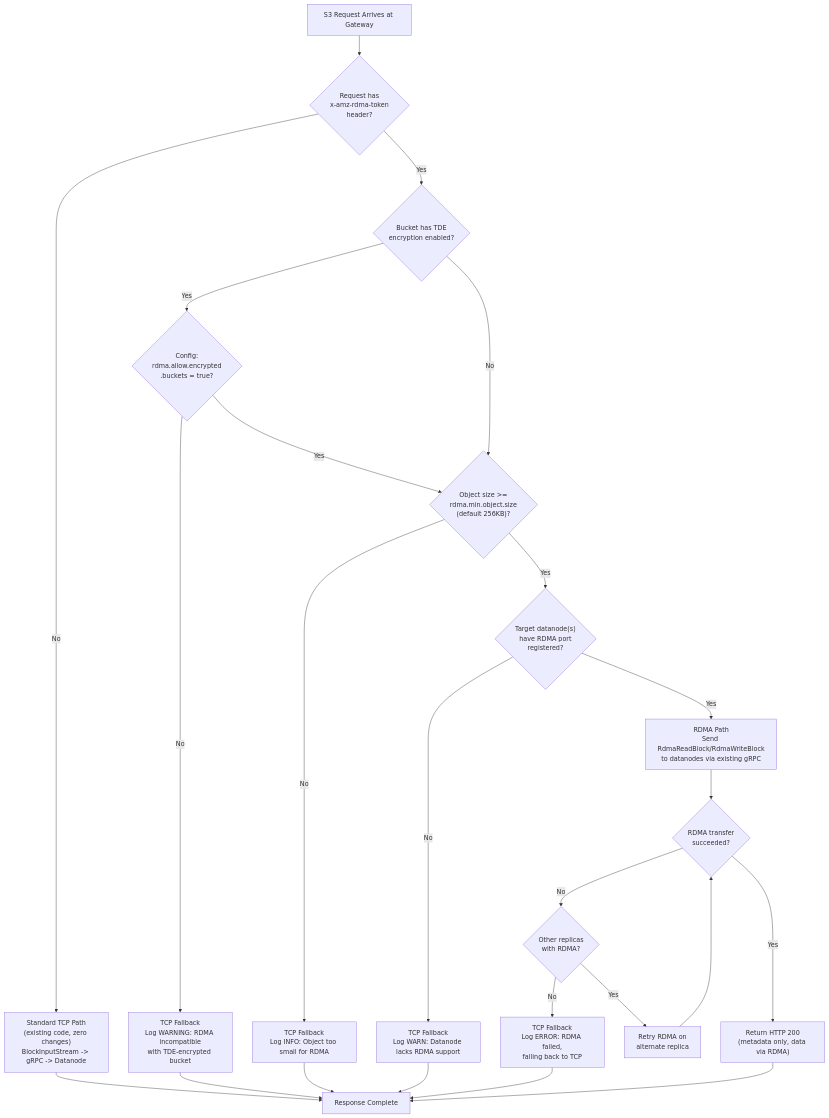
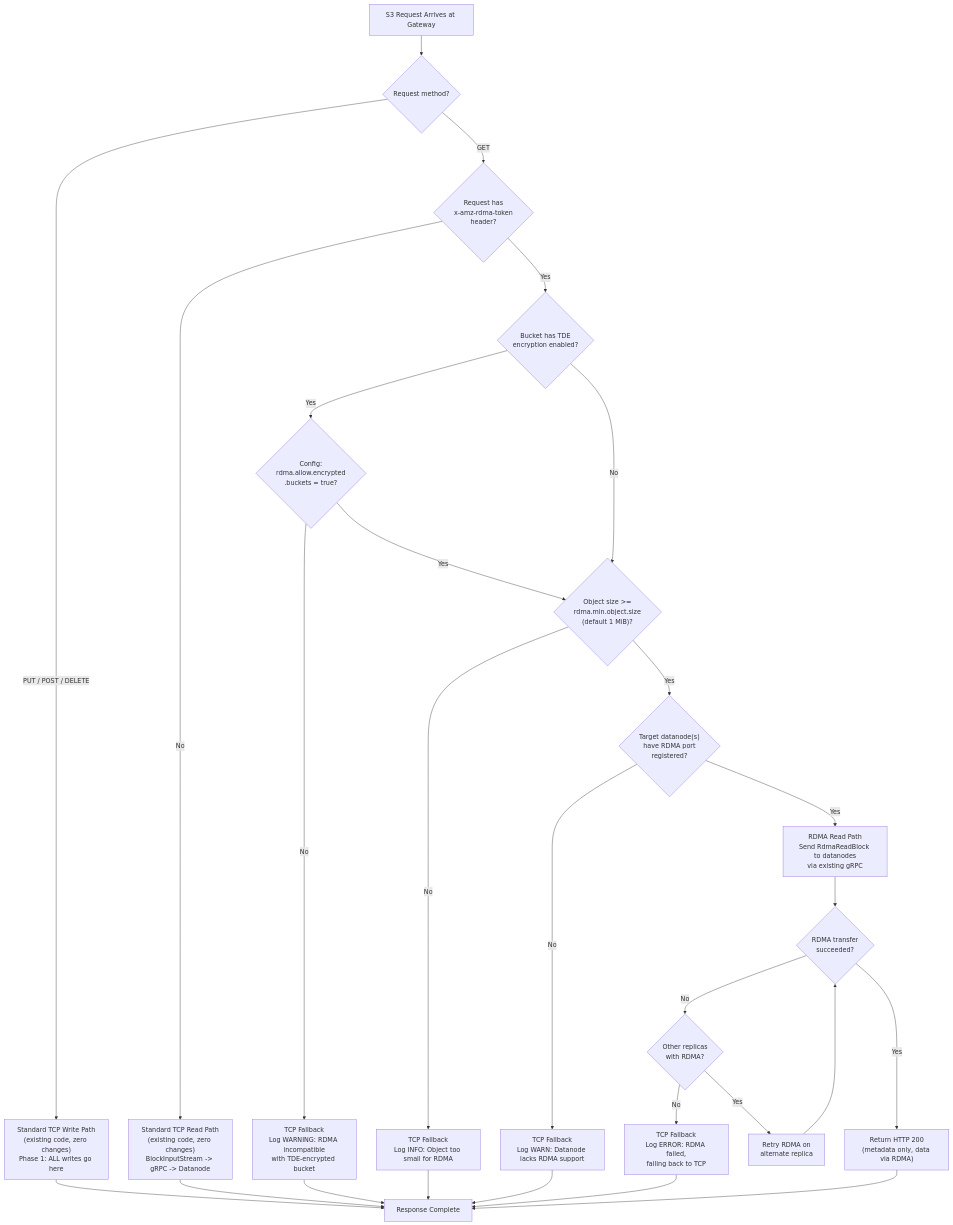
One commit to ptlrs/ozone changed the fifth of 17 diagrams in docs/gds-dn-direct-rdma-implementation-spec.md. Above: the diagram before and after it, drawn with Mermaid. The commit also changed other lines of this file, not shown here.

Commit message:
GPUDIRECT. Update GPUDirect Storage spec to version 3.0 with phased S3 GET RDMA integration details

````diff
--- a/docs/gds-dn-direct-rdma-implementation-spec.md
+++ b/docs/gds-dn-direct-rdma-implementation-spec.md
@@ -337,28 +370,31 @@
 ```mermaid
 flowchart TD
   Start["S3 Request Arrives at Gateway"]
-  CheckToken{"Request has<br/>x-amz-rdma-token<br/>header?"}
-  Start --> CheckToken
-  CheckToken -->|No| TCPPath["Standard TCP Path<br/>(existing code, zero changes)<br/>BlockInputStream -> gRPC -> Datanode"]
-  CheckToken -->|Yes| CheckTDE{"Bucket has TDE<br/>encryption enabled?"}
-  CheckTDE -->|Yes| CheckAllowEncrypted{"Config:<br/>rdma.allow.encrypted<br/>.buckets = true?"}
-  CheckAllowEncrypted -->|No| TCPFallbackTDE["TCP Fallback<br/>Log WARNING: RDMA incompatible<br/>with TDE-encrypted bucket"]
-  CheckAllowEncrypted -->|Yes| CheckSize
-  CheckTDE -->|No| CheckSize{"Object size >=<br/>rdma.min.object.size<br/>(default 256KB)?"}
-  CheckSize -->|No| TCPFallbackSmall["TCP Fallback<br/>Log INFO: Object too small for RDMA"]
-  CheckSize -->|Yes| CheckDN{"Target datanode(s)<br/>have RDMA port<br/>registered?"}
-  CheckDN -->|No| TCPFallbackNoDN["TCP Fallback<br/>Log WARN: Datanode lacks RDMA support"]
-  CheckDN -->|Yes| RDMAPath["RDMA Path<br/>Send RdmaReadBlock/RdmaWriteBlock<br/>to datanodes via existing gRPC"]
+  CheckMethod{"Request method?"}
+  Start --> CheckMethod
+  CheckMethod -->|"PUT / POST / DELETE"| TCPWrite["Standard TCP Write Path<br/>(existing code, zero changes)<br/>Phase 1: ALL writes go here"]
+  CheckMethod -->|"GET"| CheckToken{"Request has<br/>x-amz-rdma-token<br/>header?"}
+  CheckToken -->|"No"| TCPPath["Standard TCP Read Path<br/>(existing code, zero changes)<br/>BlockInputStream -> gRPC -> Datanode"]
+  CheckToken -->|"Yes"| CheckTDE{"Bucket has TDE<br/>encryption enabled?"}
+  CheckTDE -->|"Yes"| CheckAllowEncrypted{"Config:<br/>rdma.allow.encrypted<br/>.buckets = true?"}
+  CheckAllowEncrypted -->|"No"| TCPFallbackTDE["TCP Fallback<br/>Log WARNING: RDMA incompatible<br/>with TDE-encrypted bucket"]
+  CheckAllowEncrypted -->|"Yes"| CheckSize
+  CheckTDE -->|"No"| CheckSize{"Object size >=<br/>rdma.min.object.size<br/>(default 1 MiB)?"}
+  CheckSize -->|"No"| TCPFallbackSmall["TCP Fallback<br/>Log INFO: Object too small for RDMA"]
+  CheckSize -->|"Yes"| CheckDN{"Target datanode(s)<br/>have RDMA port<br/>registered?"}
+  CheckDN -->|"No"| TCPFallbackNoDN["TCP Fallback<br/>Log WARN: Datanode lacks RDMA support"]
+  CheckDN -->|"Yes"| RDMAPath["RDMA Read Path<br/>Send RdmaReadBlock to datanodes<br/>via existing gRPC"]
   RDMAPath --> RDMAResult{"RDMA transfer<br/>succeeded?"}
-  RDMAResult -->|Yes| Success["Return HTTP 200<br/>(metadata only, data via RDMA)"]
-  RDMAResult -->|No| RetryReplica{"Other replicas<br/>with RDMA?"}
-  RetryReplica -->|Yes| RDMARetry["Retry RDMA on<br/>alternate replica"]
+  RDMAResult -->|"Yes"| Success["Return HTTP 200<br/>(metadata only, data via RDMA)"]
+  RDMAResult -->|"No"| RetryReplica{"Other replicas<br/>with RDMA?"}
+  RetryReplica -->|"Yes"| RDMARetry["Retry RDMA on<br/>alternate replica"]
   RDMARetry --> RDMAResult
-  RetryReplica -->|No| TCPFallbackError["TCP Fallback<br/>Log ERROR: RDMA failed,<br/>falling back to TCP"]
-  TCPPath --> Done["Response Complete"]
+  RetryReplica -->|"No"| TCPFallbackError["TCP Fallback<br/>Log ERROR: RDMA failed,<br/>falling back to TCP"]
+  TCPWrite --> Done["Response Complete"]
+  TCPPath --> Done
   TCPFallbackTDE --> Done
   TCPFallbackSmall --> Done
   TCPFallbackNoDN --> Done
   TCPFallbackError --> Done
   Success --> Done
 ```
````
